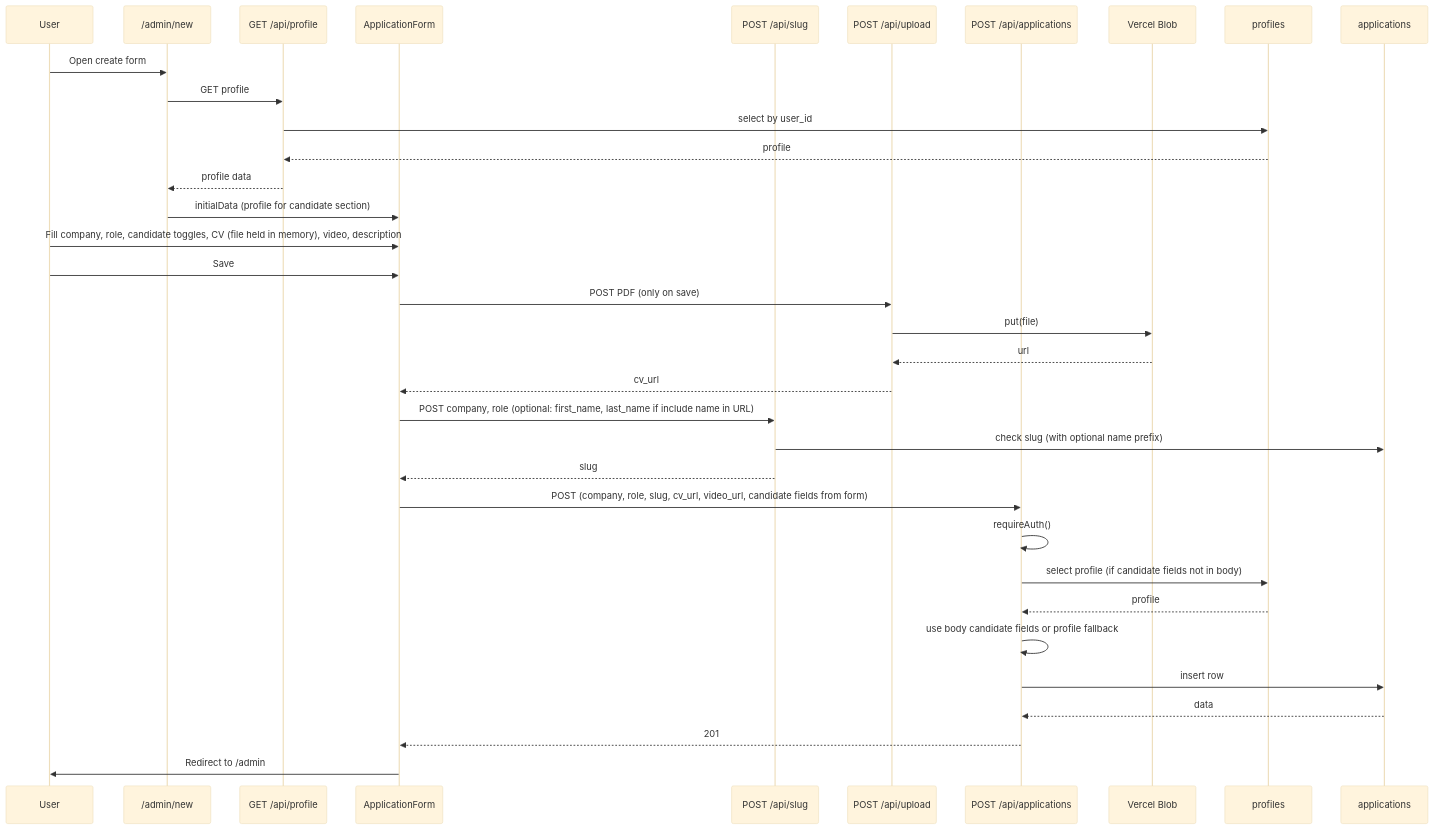
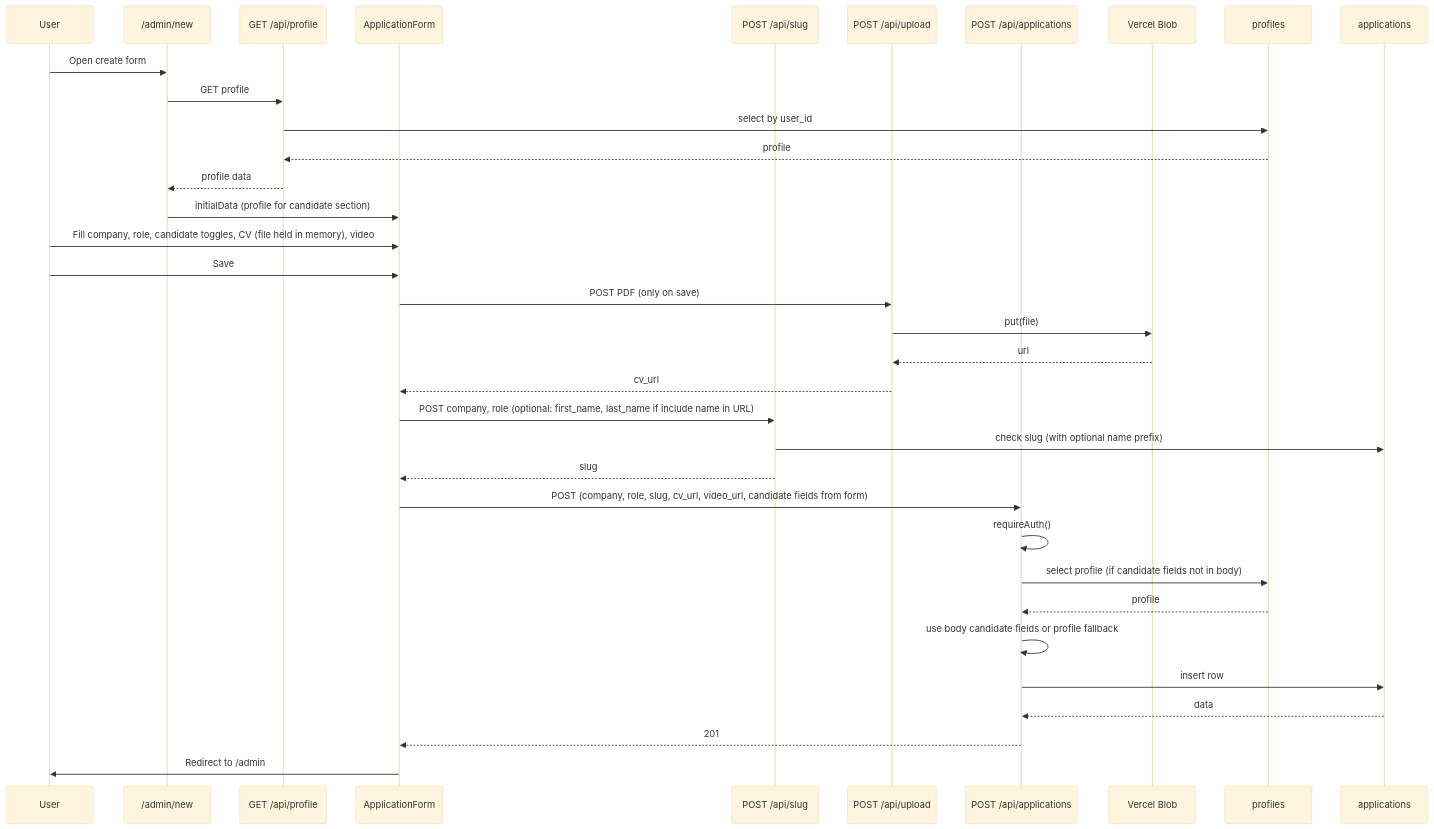
One commit to joan-gerard/my-hire-view changed the fourth of 6 diagrams in docs/DATA_FLOW.md. Above: the diagram before and after it, drawn with Mermaid (base theme). The commit also changed other lines of this file and 11 other files, not shown here.

````diff
--- a/docs/DATA_FLOW.md
+++ b/docs/DATA_FLOW.md
@@ -109,39 +109,39 @@
 ```mermaid
 sequenceDiagram
   participant U as User
   participant NewPage as /admin/new
   participant ProfileAPI as GET /api/profile
   participant Form as ApplicationForm
   participant SlugAPI as POST /api/slug
   participant UploadAPI as POST /api/upload
   participant AppsAPI as POST /api/applications
   participant Blob as Vercel Blob
   participant Profiles as profiles
   participant Applications as applications
 
   U->>NewPage: Open create form
   NewPage->>ProfileAPI: GET profile
   ProfileAPI->>Profiles: select by user_id
   Profiles-->>ProfileAPI: profile
   ProfileAPI-->>NewPage: profile data
   NewPage->>Form: initialData (profile for candidate section)
 
-  U->>Form: Fill company, role, candidate toggles, CV (file held in memory), video, description
+  U->>Form: Fill company, role, candidate toggles, CV (file held in memory), video
   U->>Form: Save
   Form->>UploadAPI: POST PDF (only on save)
   UploadAPI->>Blob: put(file)
   Blob-->>UploadAPI: url
   UploadAPI-->>Form: cv_url
   Form->>SlugAPI: POST company, role (optional: first_name, last_name if include name in URL)
   SlugAPI->>Applications: check slug (with optional name prefix)
   SlugAPI-->>Form: slug
   Form->>AppsAPI: POST (company, role, slug, cv_url, video_url, candidate fields from form)
   AppsAPI->>AppsAPI: requireAuth()
   AppsAPI->>Profiles: select profile (if candidate fields not in body)
   Profiles-->>AppsAPI: profile
   AppsAPI->>AppsAPI: use body candidate fields or profile fallback
   AppsAPI->>Applications: insert row
   Applications-->>AppsAPI: data
   AppsAPI-->>Form: 201
   Form->>U: Redirect to /admin
 ```
````
